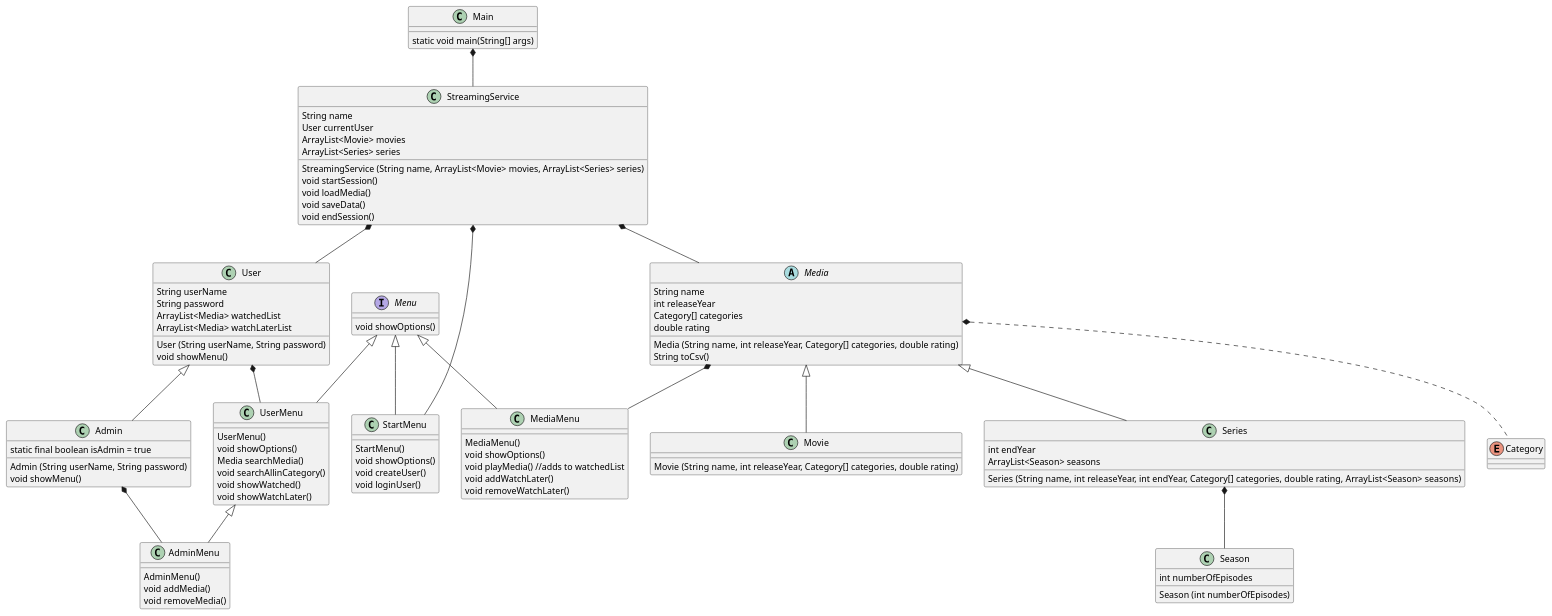
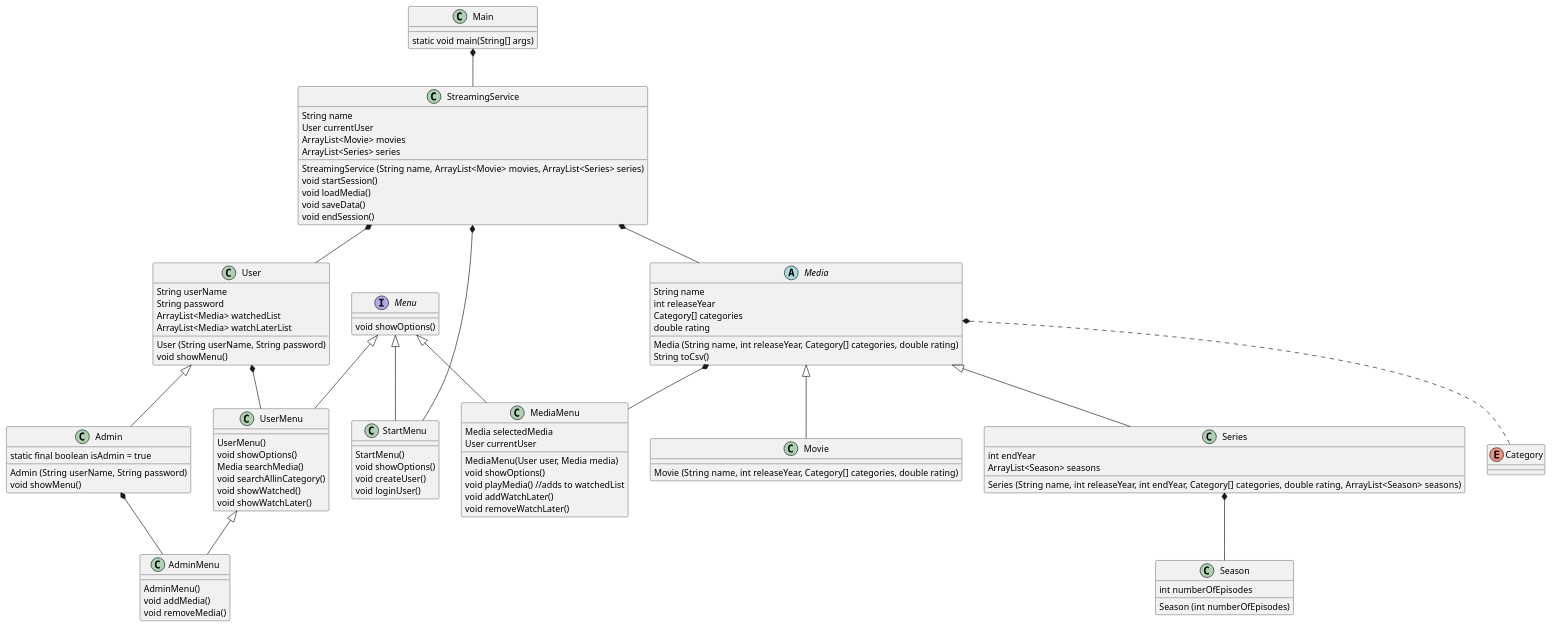
The diagram in doc/classDiagram.puml (Magnus128/SP3-gruppe-E), drawn with PlantUML before and after one commit. The commit also changed 2 other files, not shown here.

Commit message:
MediaMenu case

```diff
--- a/doc/classDiagram.puml
+++ b/doc/classDiagram.puml
@@ -1,111 +1,113 @@
 @startuml
 'https://plantuml.com/class-diagram
 
 class Main{
     static void main(String[] args)
 }
 
 class StreamingService {
     String name
     User currentUser
     ArrayList<Movie> movies
     ArrayList<Series> series
     StreamingService (String name, ArrayList<Movie> movies, ArrayList<Series> series)
     void startSession()
     void loadMedia()
     void saveData()
     void endSession()
 }
 
 class User {
     String userName
     String password
     ArrayList<Media> watchedList
     ArrayList<Media> watchLaterList
     User (String userName, String password)
     void showMenu()
 }
 
 class Admin {
     static final boolean isAdmin = true
     Admin (String userName, String password)
     void showMenu()
 }
 
 abstract class Media{
     String name
     int releaseYear
     Category[] categories
     double rating
     Media (String name, int releaseYear, Category[] categories, double rating)
     String toCsv()
 }
 
 class Movie{
     Movie (String name, int releaseYear, Category[] categories, double rating)
 }
 
 class Series{
     int endYear
     ArrayList<Season> seasons
     Series (String name, int releaseYear, int endYear, Category[] categories, double rating, ArrayList<Season> seasons)
 }
 
 enum Category
 
 class Season{
     int numberOfEpisodes
     Season (int numberOfEpisodes)
 }
 
 interface Menu{
     void showOptions()
 }
 
 class UserMenu {
     UserMenu()
     void showOptions()
     Media searchMedia()
     void searchAllinCategory()
     void showWatched()
     void showWatchLater()
 }
 
 class StartMenu{
     StartMenu()
     void showOptions()
     void createUser()
     void loginUser()
 }
 
 class AdminMenu {
     AdminMenu()
     void addMedia()
     void removeMedia()
 }
 
 class MediaMenu {
-    MediaMenu()
+    Media selectedMedia
+    User currentUser
+    MediaMenu(User user, Media media)
     void showOptions()
     void playMedia() //adds to watchedList
     void addWatchLater()
     void removeWatchLater()
 }
 
 Main *-- StreamingService
 StreamingService *-- User
 StreamingService *-- StartMenu
 StreamingService *-- Media
 Menu <|-- UserMenu
 Menu <|-- StartMenu
 Menu <|-- MediaMenu
 User <|-- Admin
 User *-- UserMenu
 Admin *-- AdminMenu
 UserMenu <|-- AdminMenu
 Media *-- MediaMenu
 Media <|-- Movie
 Media <|-- Series
 Media *.. Category
 Series *-- Season
 @enduml
```
